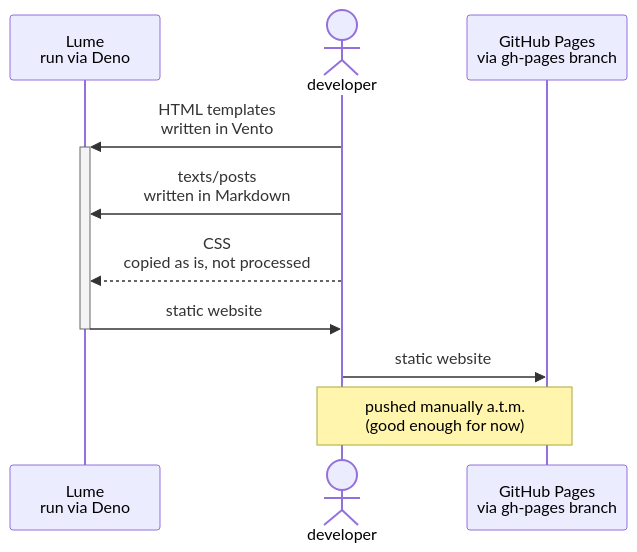
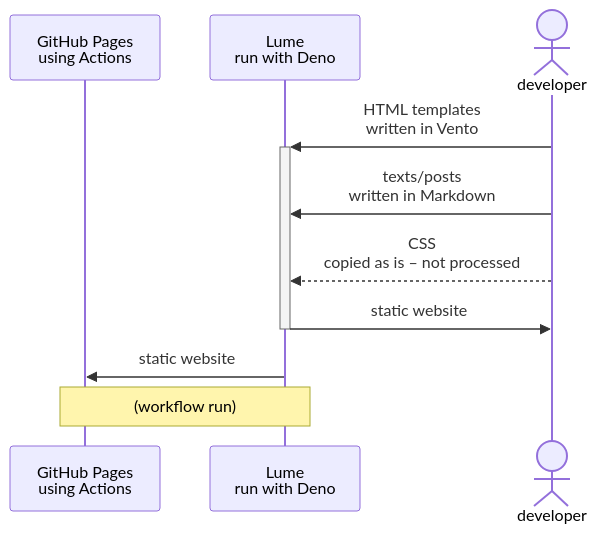
One commit to dogfuntom/dogfuntom.github.io changed the diagram in docs/README.md. Above: the diagram before and after it, drawn with Mermaid.

Commit message:
Update README.md
Revised the diagram accounting for improvement of publishing implementation. Also, polished the choice of prepositions.

````diff
--- a/docs/README.md
+++ b/docs/README.md
@@ -5,12 +5,12 @@
 ```mermaid
 sequenceDiagram
-    participant Lume as Lume<br/>run via Deno
+    participant gh as GitHub Pages<br/>using Actions
+    participant Lume as Lume<br/>run with Deno
     actor me as developer
-    participant gh as GitHub Pages<br/>via gh-pages branch
     me->>+Lume: HTML templates<br/>written in Vento
     me->>Lume: texts/posts<br/>written in Markdown
-    me-->>Lume: CSS<br/>copied as is, not processed
+    me-->>Lume: CSS<br/>copied as is – not processed
     Lume->>-me: static website
-    me->>gh: static website
-    note over me,gh: pushed manually a.t.m.<br/>(good enough for now)
+    Lume->>gh: static website
+    note over Lume,gh: (workflow run)
 ```
````
